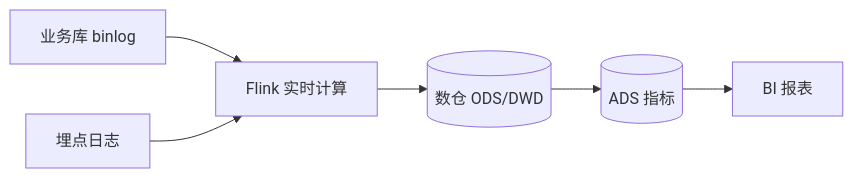
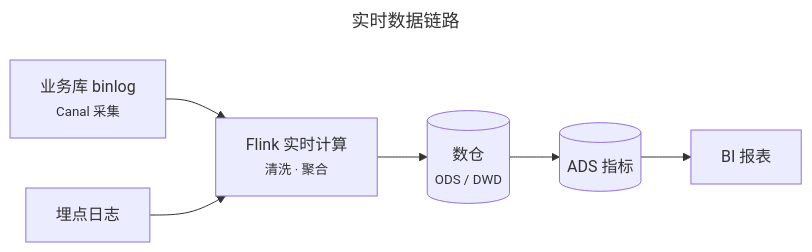
One commit to huang-hee/diagram-kit changed the fourth of 7 diagrams in references/types-structure.md. Above: the diagram before and after it, drawn with Mermaid. The commit also changed other lines of this file and 248 other files, not shown here.

First line of the commit message:
feat: 示例按统一风格重做，补齐 42 张 drawio 整图示例，默认工具改为 drawio

````diff
--- a/references/types-structure.md
+++ b/references/types-structure.md
@@ -164,8 +167,11 @@
 ```mermaid
+---
+title: 实时数据链路
+---
 flowchart LR
-  A[业务库 binlog]:::source --> B[Flink 实时计算]:::compute
+  A["业务库 binlog<br><small>Canal 采集</small>"]:::source --> B["Flink 实时计算<br><small>清洗 · 聚合</small>"]:::compute
   L[埋点日志]:::source --> B
-  B --> C[(数仓 ODS/DWD)]:::store
-  C --> D[(ADS 指标)]:::store
+  B --> C[("数仓<br><small>ODS / DWD</small>")]:::store
+  C --> D[("ADS 指标")]:::store
   D --> E[BI 报表]:::consume
 ```
````
